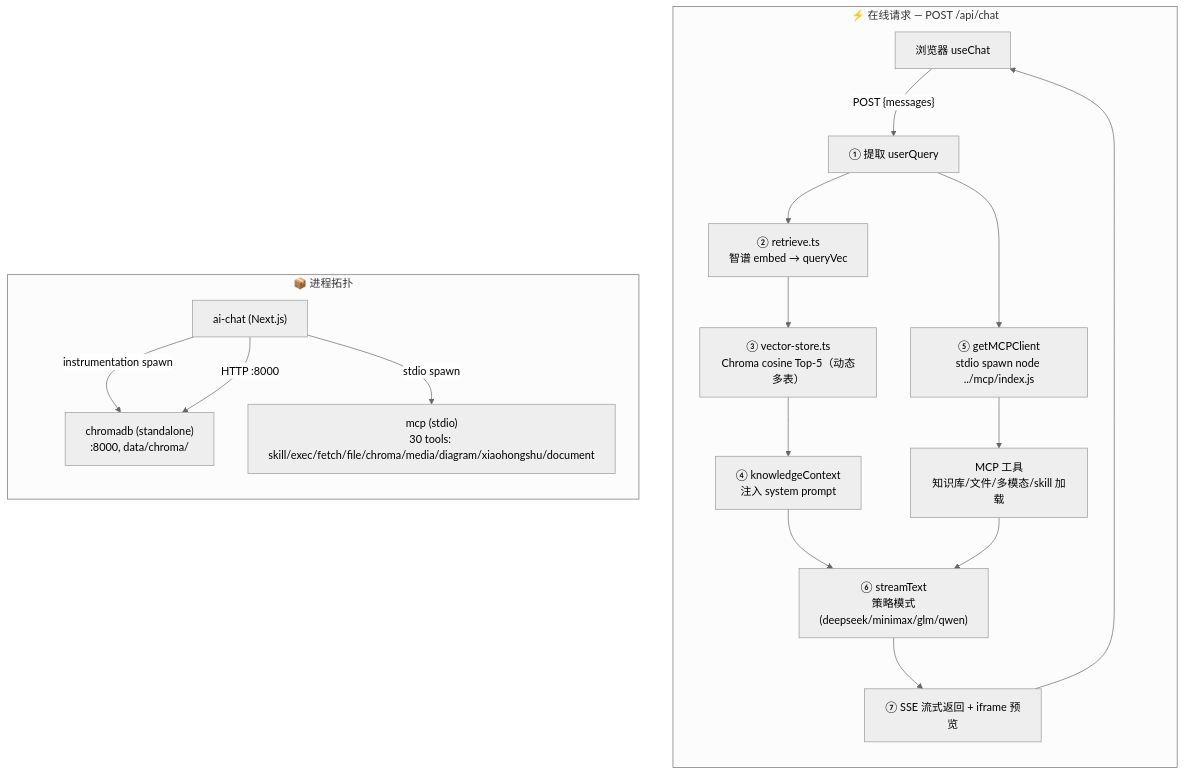
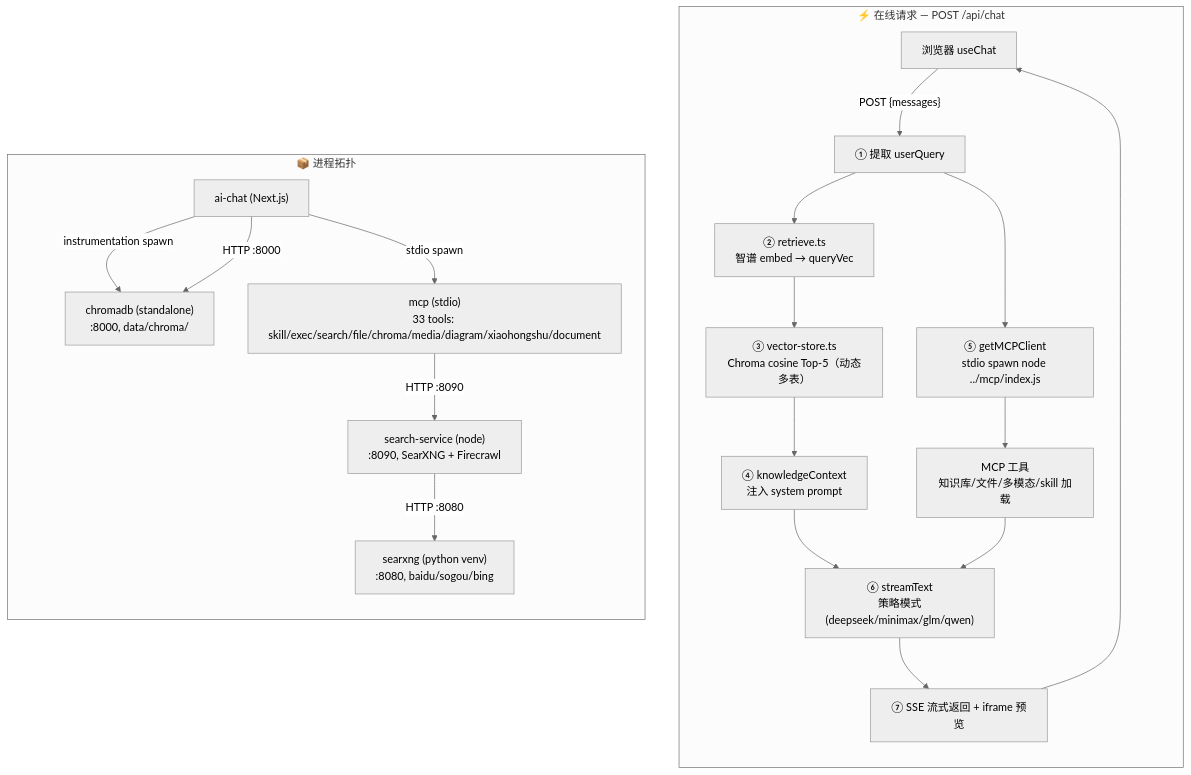
The diagram in DESIGN.md (xiaoshengkai/xiaoshengkai-ai), drawn with Mermaid (neutral theme) before and after one commit. The commit also changed other lines of this file and 26 other files, not shown here.

First line of the commit message:
feat(search): 联网搜索 + 网页抓取（SearXNG + Firecrawl Cloud）

````diff
--- a/DESIGN.md
+++ b/DESIGN.md
@@ -32,31 +32,35 @@
 ```mermaid
 flowchart TD
   subgraph ON["⚡ 在线请求 — POST /api/chat"]
     direction TB
     U["浏览器 useChat"]
     R1["① 提取 userQuery"]
     R2["② retrieve.ts<br/>智谱 embed → queryVec"]
     R3["③ vector-store.ts<br/>Chroma cosine Top-5（动态多表）"]
     R4["④ knowledgeContext<br/>注入 system prompt"]
     R5["⑤ getMCPClient<br/>stdio spawn node ../mcp/index.js"]
     R6["MCP 工具<br/>知识库/文件/多模态/skill 加载"]
     R7["⑥ streamText<br/>策略模式(deepseek/minimax/glm/qwen)"]
     R8["⑦ SSE 流式返回 + iframe 预览"]
     U -->|"POST {messages}"| R1
     R1 --> R2 --> R3 --> R4
     R1 --> R5 --> R6
     R4 --> R7
     R6 --> R7
     R7 --> R8 --> U
   end
 
   subgraph PROC["📦 进程拓扑"]
     direction TB
     A1["ai-chat (Next.js)"]
     A2["chromadb (standalone)<br/>:8000, data/chroma/"]
-    A4["mcp (stdio)<br/>30 tools: skill/exec/fetch/file/chroma/media/diagram/xiaohongshu/document"]
+    A4["mcp (stdio)<br/>33 tools: skill/exec/search/file/chroma/media/diagram/xiaohongshu/document"]
+    A5["searxng (python venv)<br/>:8080, baidu/sogou/bing"]
+    A6["search-service (node)<br/>:8090, SearXNG + Firecrawl"]
     A1 -->|"instrumentation spawn"| A2
     A1 -->|"HTTP :8000"| A2
     A1 -->|"stdio spawn"| A4
+    A4 -->|"HTTP :8090"| A6
+    A6 -->|"HTTP :8080"| A5
   end
 ```
````
